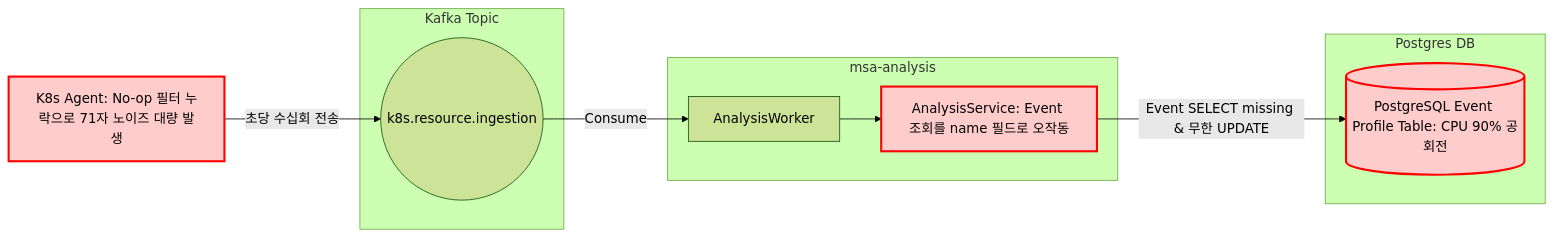
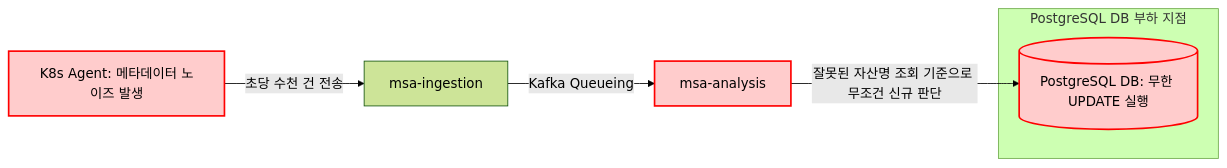
Before and after one commit to ckstj8027/k-logging-project: the third of 3 diagrams in README.md, drawn with Mermaid (forest theme). The commit also changed other lines of this file, not shown here.

````diff
--- a/README.md
+++ b/README.md
@@ -188,29 +119,15 @@
 ```mermaid
 graph LR
-    %% 장애 지점 강조 (빨간색)
-    Agent[K8s Agent: No-op 필터 누락으로 71자 노이즈 대량 발생]
+    Agent["K8s Agent: 메타데이터 노이즈 발생"] -->|초당 수천 건 전송| Ingestion["msa-ingestion"]
+    Ingestion -->|Kafka Queueing| Analysis["msa-analysis"]
     
-    subgraph Kafka_Broker_Layer [Kafka Topic]
-        Topic(("k8s.resource.ingestion"))
+    subgraph Bottleneck_DB ["PostgreSQL DB 부하 지점"]
+        DB[("PostgreSQL DB: 무한 UPDATE 실행")]
     end
     
-    subgraph Processing_Layer [msa-analysis]
-        Worker[AnalysisWorker]
-        %% 장애 지점 강조 (빨간색)
-        Service[AnalysisService: Event 조회를 name 필드로 오작동]
-    end
+    Analysis -->|잘못된 자산명 조회 기준으로 무조건 신규 판단| DB
     
-    subgraph Database_Layer [Postgres DB]
-        DB[(PostgreSQL Event Profile Table: CPU 90% 공회전)]
-    end
-
-    Agent -->|초당 수십회 전송| Topic
-    Topic -->|Consume| Worker
-    Worker --> Service
-    Service -->|Event SELECT missing & 무한 UPDATE| DB
-
-    %% 스타일 정의
-    style Agent fill:#ffcccc,stroke:#ff0000,stroke-width:2.5px;
-    style Service fill:#ffcccc,stroke:#ff0000,stroke-width:2.5px;
-    style DB fill:#ffcccc,stroke:#ff0000,stroke-width:2.5px;
+    style Agent fill:#ffcccc,stroke:#ff0000,stroke-width:2px;
+    style Analysis fill:#ffcccc,stroke:#ff0000,stroke-width:2px;
+    style DB fill:#ffcccc,stroke:#ff0000,stroke-width:2px;
 ```
````
